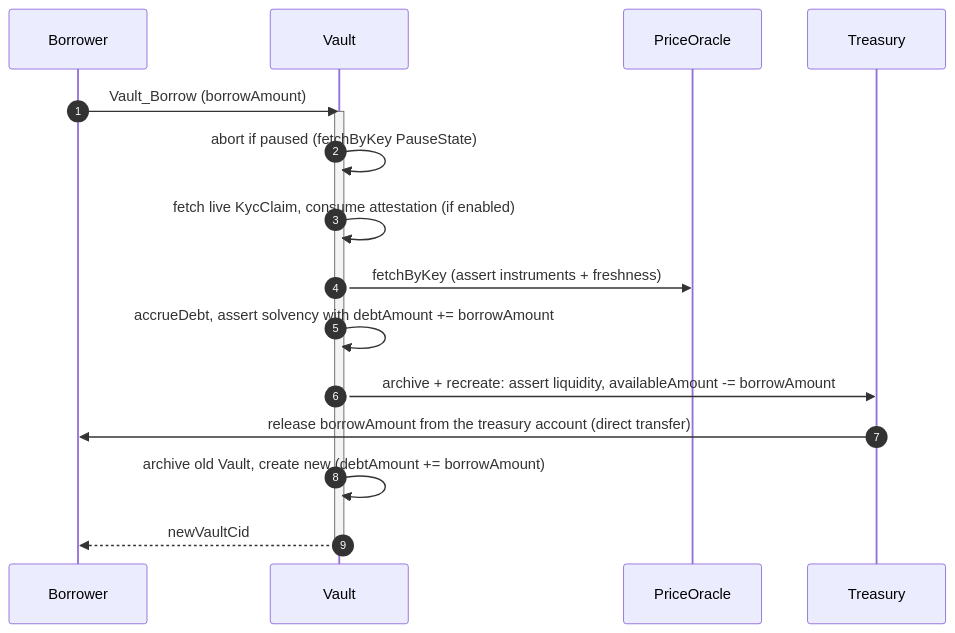
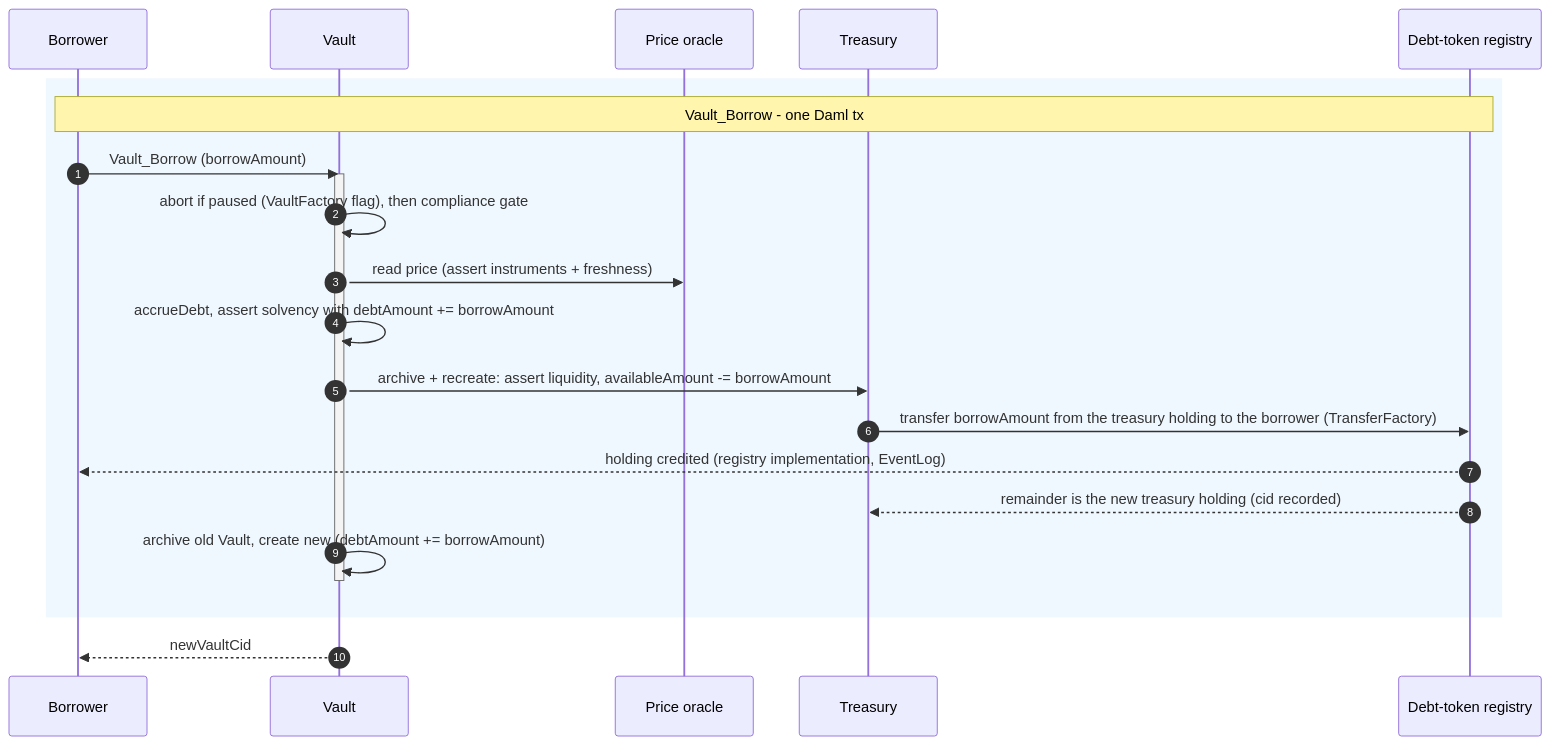
The seventh of 8 diagrams in docs/reference-architectures/lending.md (OpenZeppelin/canton-specs), drawn with Mermaid before and after one commit. The commit also changed other lines of this file, not shown here.

````diff
--- a/docs/reference-architectures/lending.md
+++ b/docs/reference-architectures/lending.md
@@ -384,20 +452,25 @@
 ```mermaid
 sequenceDiagram
     autonumber
     participant B as Borrower
     participant V as Vault
-    participant O as PriceOracle
+    participant O as Price oracle
     participant T as Treasury
+    participant R as Debt-token registry
 
+    rect rgb(240, 248, 255)
+    Note over B, R: Vault_Borrow - one Daml tx
     B->>V: Vault_Borrow (borrowAmount)
     activate V
-    V->>V: abort if paused (fetchByKey PauseState)
-    V->>V: fetch live KycClaim, consume attestation (if enabled)
-    V->>O: fetchByKey (assert instruments + freshness)
+    V->>V: abort if paused (VaultFactory flag), then compliance gate
+    V->>O: read price (assert instruments + freshness)
     V->>V: accrueDebt, assert solvency with debtAmount += borrowAmount
     V->>T: archive + recreate: assert liquidity, availableAmount -= borrowAmount
-    T->>B: release borrowAmount from the treasury account (direct transfer)
+    T->>R: transfer borrowAmount from the treasury holding to the borrower (TransferFactory)
+    R-->>B: holding credited (registry implementation, EventLog)
+    R-->>T: remainder is the new treasury holding (cid recorded)
     V->>V: archive old Vault, create new (debtAmount += borrowAmount)
+    deactivate V
+    end
     V-->>B: newVaultCid
-    deactivate V
 ```
````
